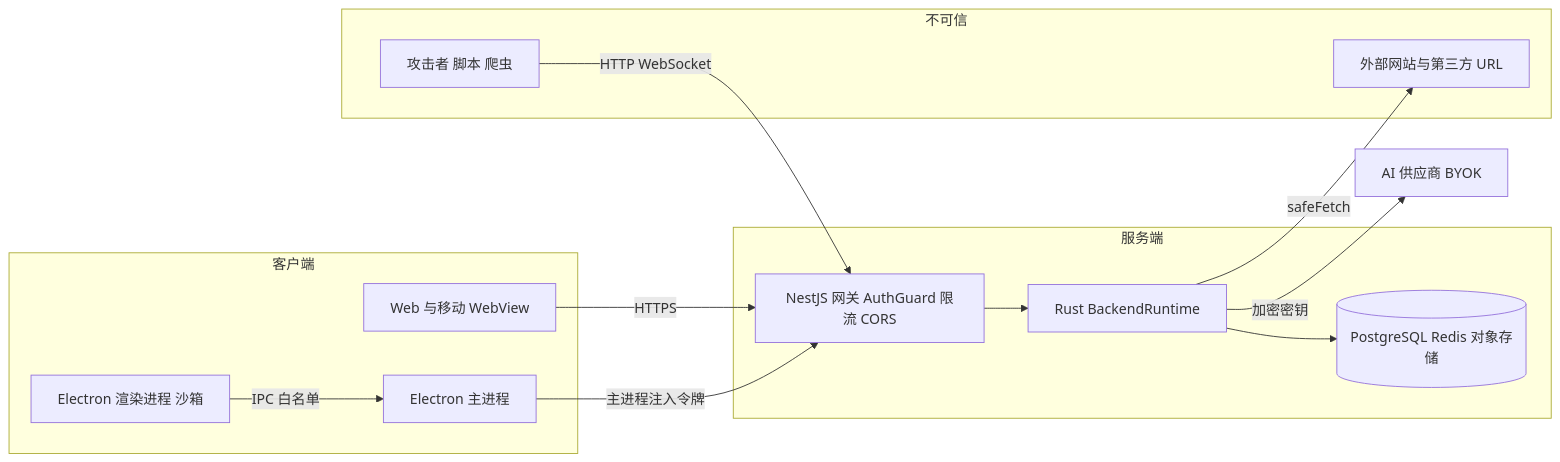
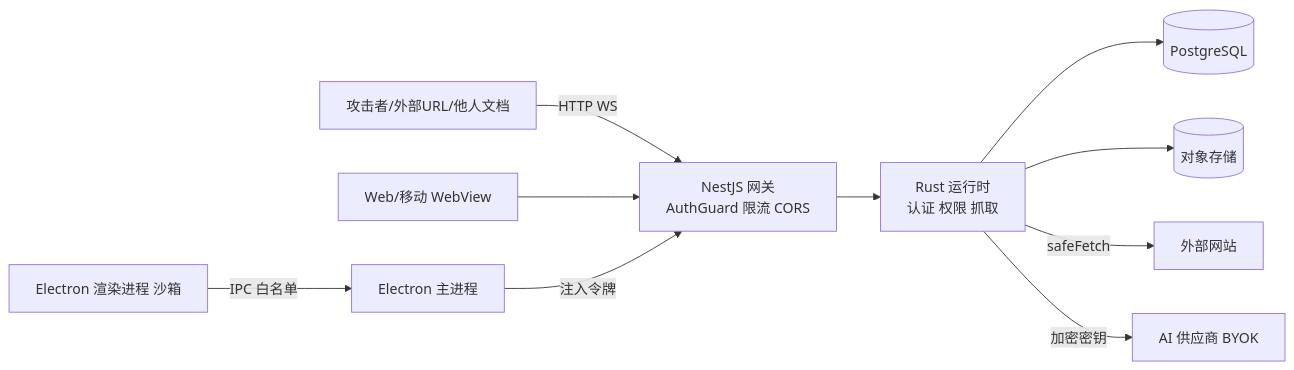
The first of 2 diagrams in learning-guide/slides/decks/28.md (lfire/AFFiNE), drawn with Mermaid before and after one commit. The commit also changed other lines of this file and 46 other files, not shown here.

````diff
--- a/learning-guide/slides/decks/28.md
+++ b/learning-guide/slides/decks/28.md
@@ -64,26 +34,12 @@
 ```mermaid
 flowchart LR
-  subgraph U1["不可信"]
-    ATK[攻击者 脚本 爬虫]
-    EXT[外部网站与第三方 URL]
-  end
-  subgraph C1["客户端"]
-    WEB[Web 与移动 WebView]
-    REN[Electron 渲染进程 沙箱]
-    MAIN[Electron 主进程]
-  end
-  subgraph S1["服务端"]
-    GW[NestJS 网关 AuthGuard 限流 CORS]
-    RT[Rust BackendRuntime]
-    DB[(PostgreSQL Redis 对象存储)]
-  end
-  AI[AI 供应商 BYOK]
-  ATK -->|HTTP WebSocket| GW
-  WEB -->|HTTPS| GW
-  REN -->|IPC 白名单| MAIN
-  MAIN -->|主进程注入令牌| GW
-  GW --> RT
-  RT --> DB
-  RT -->|safeFetch| EXT
-  RT -->|加密密钥| AI
+  ATK["攻击者/外部URL/他人文档"] -->|HTTP WS| GW["NestJS 网关<br/>AuthGuard 限流 CORS"]
+  WEB["Web/移动 WebView"] --> GW
+  REN["Electron 渲染进程 沙箱"] -->|IPC 白名单| MAIN["Electron 主进程"]
+  MAIN -->|注入令牌| GW
+  GW --> RT["Rust 运行时<br/>认证 权限 抓取"]
+  RT --> DB[("PostgreSQL")]
+  RT --> OS[("对象存储")]
+  RT -->|safeFetch| EXT["外部网站"]
+  RT -->|加密密钥| AI["AI 供应商 BYOK"]
 ```
````
